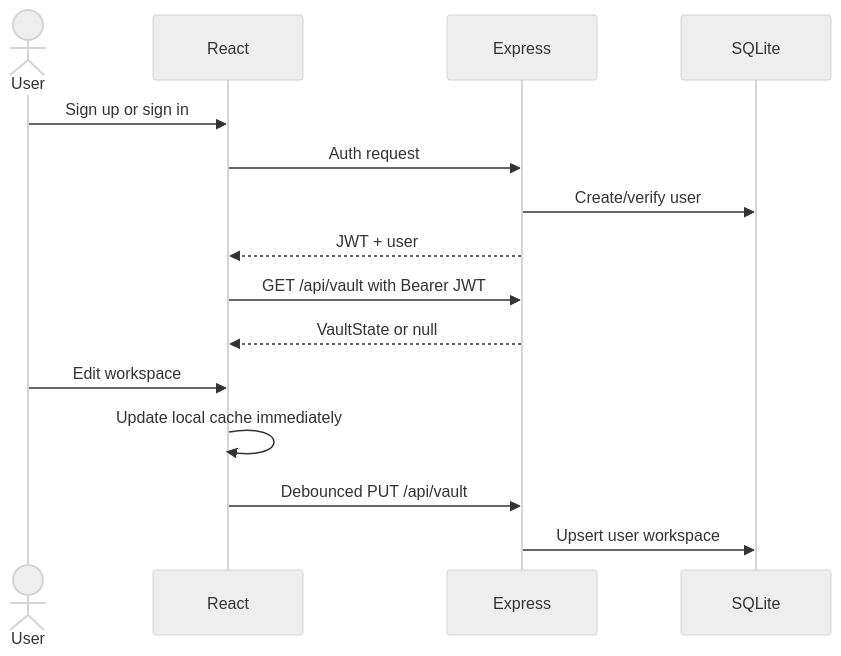
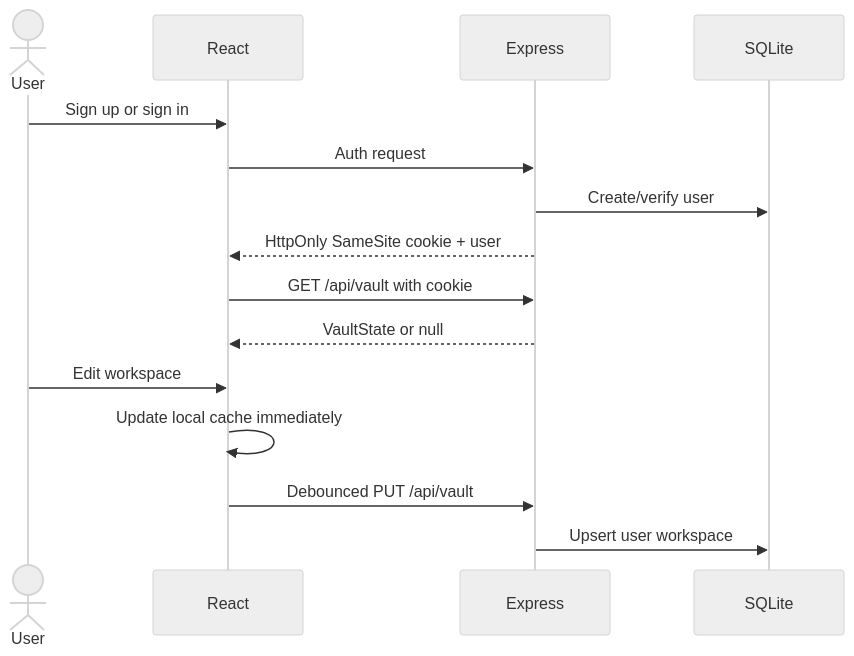
The second of 2 diagrams in docs/architecture.md (Akiirolabs/IOVault), drawn with Mermaid (neutral theme) before and after one commit. The commit also changed other lines of this file and 25 other files, not shown here.

Commit message:
Replace browser-stored JWTs with HttpOnly cookie sessions and CSRF-protected API requests.Replace automatic vault sharing with explicit bounded page-level AI context.

````diff
--- a/docs/architecture.md
+++ b/docs/architecture.md
@@ -34,17 +34,17 @@
 ```mermaid
 sequenceDiagram
   actor U as User
   participant R as React
   participant A as Express
   participant D as SQLite
   U->>R: Sign up or sign in
   R->>A: Auth request
   A->>D: Create/verify user
-  A-->>R: JWT + user
-  R->>A: GET /api/vault with Bearer JWT
+  A-->>R: HttpOnly SameSite cookie + user
+  R->>A: GET /api/vault with cookie
   A-->>R: VaultState or null
   U->>R: Edit workspace
   R->>R: Update local cache immediately
   R->>A: Debounced PUT /api/vault
   A->>D: Upsert user workspace
 ```
````
